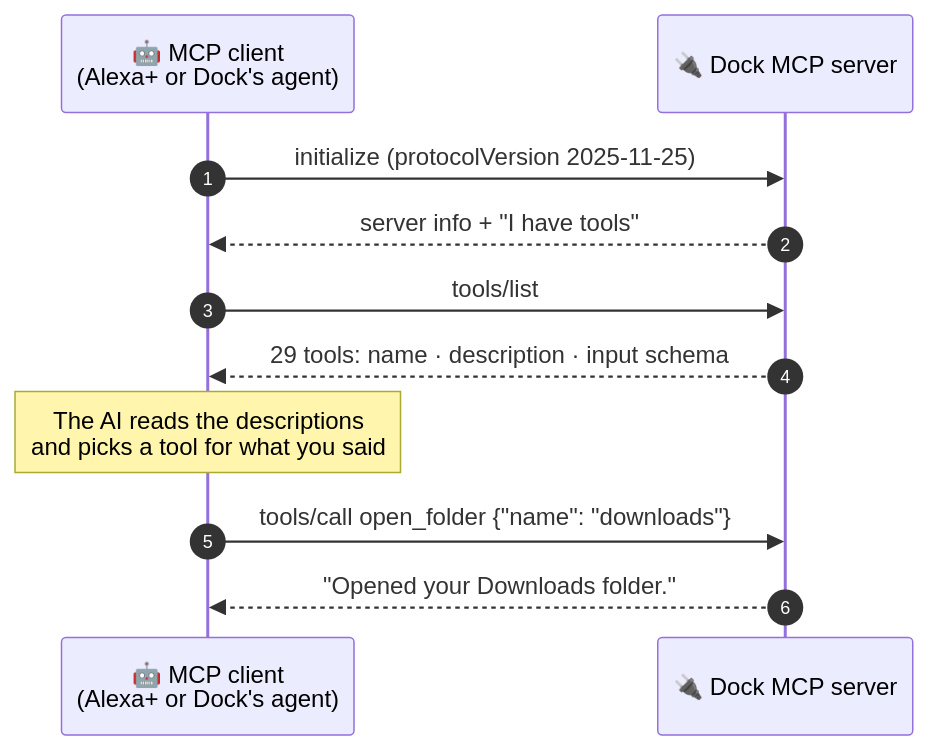
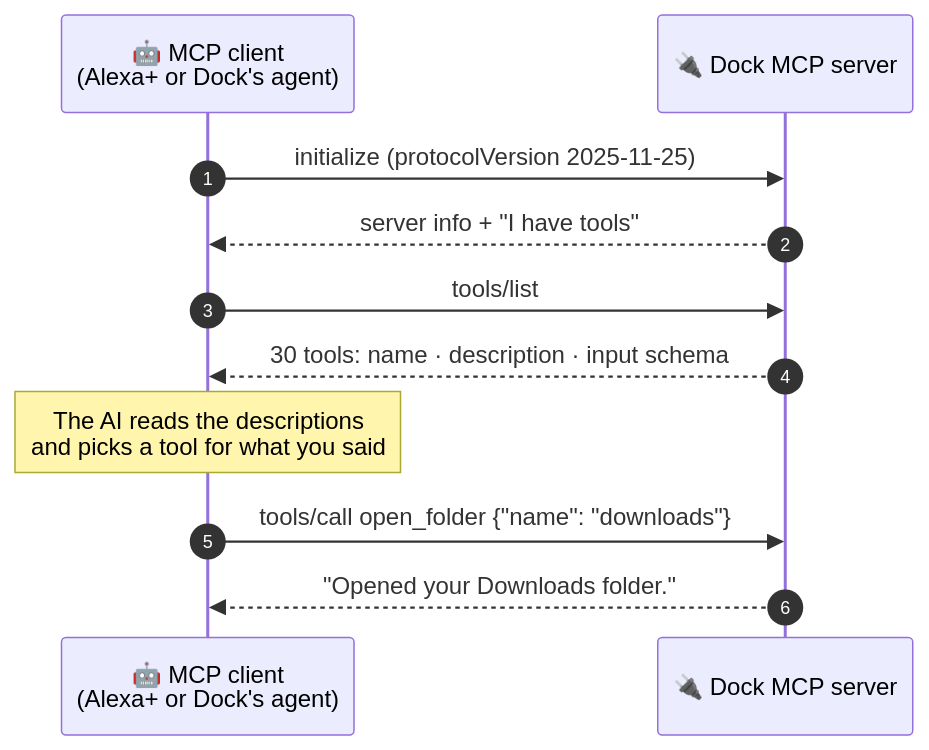
One commit to AndyHuynh24/EchoDock changed the diagram in docs/diagrams/02-mcp-handshake.mmd. Above: the diagram before and after it, drawn with Mermaid. The commit also changed 3 other files, not shown here.

Commit message:
Update diagrams to 30 tools

```diff
--- a/docs/diagrams/02-mcp-handshake.mmd
+++ b/docs/diagrams/02-mcp-handshake.mmd
@@ -1,12 +1,12 @@
 sequenceDiagram
     autonumber
     participant C as 🤖 MCP client<br/>(Alexa+ or Dock's agent)
     participant S as 🔌 Dock MCP server
 
     C->>S: initialize (protocolVersion 2025-11-25)
     S-->>C: server info + "I have tools"
     C->>S: tools/list
-    S-->>C: 29 tools: name · description · input schema
+    S-->>C: 30 tools: name · description · input schema
     Note over C: The AI reads the descriptions<br/>and picks a tool for what you said
     C->>S: tools/call open_folder {"name": "downloads"}
     S-->>C: "Opened your Downloads folder."
```
